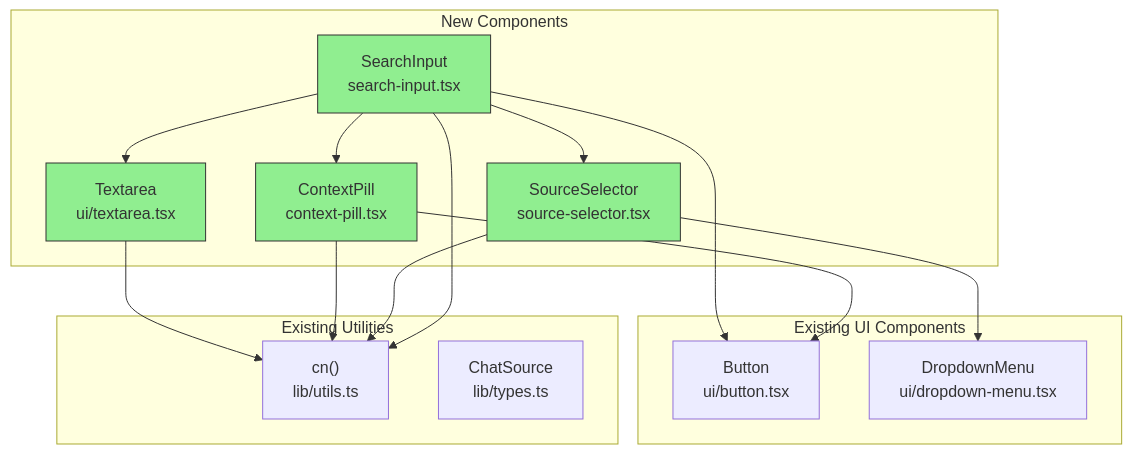
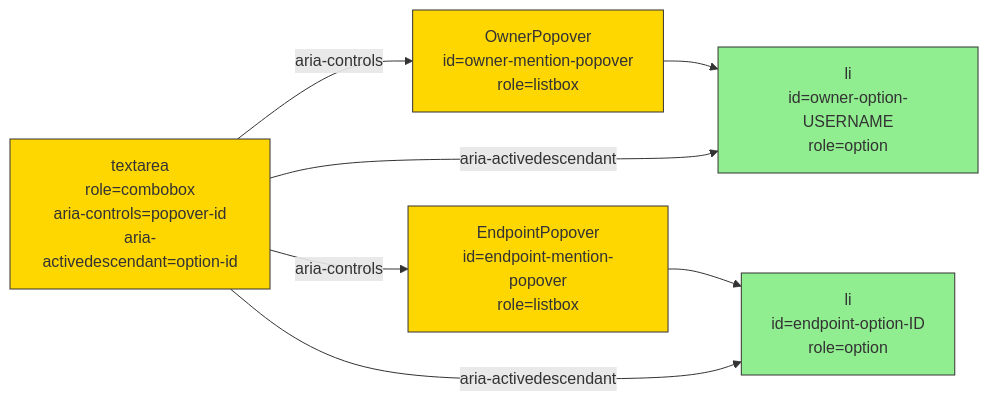
The second of 3 diagrams in .claude/IMPLEMENTATION_PLAN.md (OpenMined/syfthub), drawn with Mermaid before and after one commit. The commit also changed other lines of this file and 9 other files, not shown here.

Commit message:
fix: address 19 UI review issues in chat interface: improve ARIA roles, fix auto-grow, replace icons, fix hover-card positioning, refactor state handling, and enhance accessibility

````diff
--- a/.claude/IMPLEMENTATION_PLAN.md
+++ b/.claude/IMPLEMENTATION_PLAN.md
@@ -21,35 +58,21 @@
 ```mermaid
-flowchart TD
-    subgraph "New Components"
-        SI["SearchInput<br/>search-input.tsx"]
-        CP["ContextPill<br/>context-pill.tsx"]
-        SS["SourceSelector<br/>source-selector.tsx"]
-        TA["Textarea<br/>ui/textarea.tsx"]
-    end
+flowchart LR
+    TA["textarea<br/>role=combobox<br/>aria-controls=popover-id<br/>aria-activedescendant=option-id"]
+    OP["OwnerPopover<br/>id=owner-mention-popover<br/>role=listbox"]
+    EP["EndpointPopover<br/>id=endpoint-mention-popover<br/>role=listbox"]
+    OI["li<br/>id=owner-option-USERNAME<br/>role=option"]
+    EI["li<br/>id=endpoint-option-ID<br/>role=option"]
 
-    subgraph "Existing UI Components"
-        BTN["Button<br/>ui/button.tsx"]
-        DM["DropdownMenu<br/>ui/dropdown-menu.tsx"]
-    end
+    TA -->|aria-controls| OP
+    TA -->|aria-controls| EP
+    OP --> OI
+    EP --> EI
+    TA -->|aria-activedescendant| OI
+    TA -->|aria-activedescendant| EI
 
-    subgraph "Existing Utilities"
-        CN["cn()<br/>lib/utils.ts"]
-        TYPES["ChatSource<br/>lib/types.ts"]
-    end
-
-    SI --> TA
-    SI --> CP
-    SI --> SS
-    SI --> BTN
-    CP --> BTN
-    SS --> DM
-    TA --> CN
-    CP --> CN
-    SS --> CN
-    SI --> CN
-
-    style SI fill:#90EE90,stroke:#333
-    style CP fill:#90EE90,stroke:#333
-    style SS fill:#90EE90,stroke:#333
-    style TA fill:#90EE90,stroke:#333
+    style TA fill:#FFD700,stroke:#333
+    style OP fill:#FFD700,stroke:#333
+    style EP fill:#FFD700,stroke:#333
+    style OI fill:#90EE90,stroke:#333
+    style EI fill:#90EE90,stroke:#333
 ```
````
